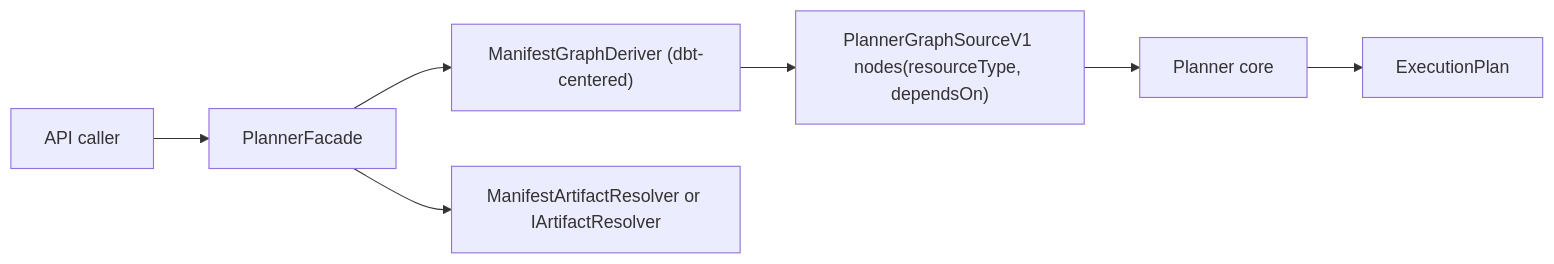
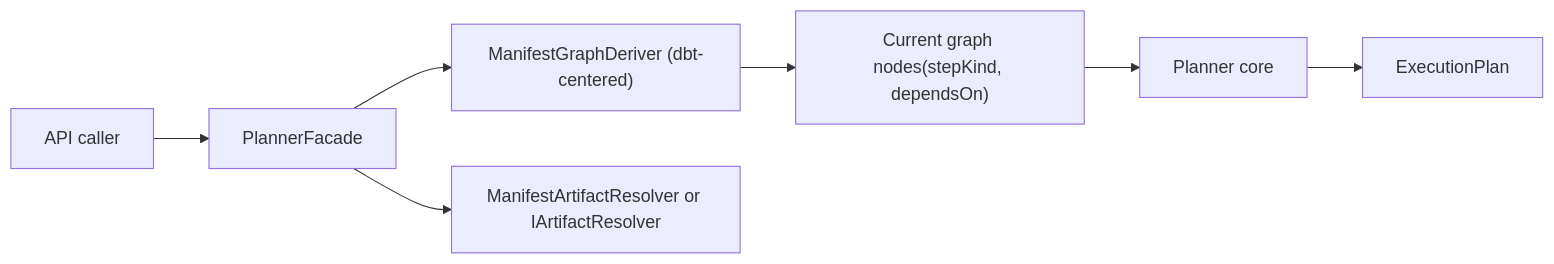
Before and after one commit to dunay2/dvt: the first of 5 diagrams in docs/guides/generic-graph-source-technical-manual-20260404.md, drawn with Mermaid. The commit also changed other lines of this file and 50 other files, not shown here.

Commit message:
feat(engine): Gobernanza y boundary público para runExecutionContextRef y StepKind

````diff
--- a/docs/guides/generic-graph-source-technical-manual-20260404.md
+++ b/docs/guides/generic-graph-source-technical-manual-20260404.md
@@ -58,9 +55,9 @@
 ```mermaid
 flowchart LR
   Caller["API caller"] --> Facade["PlannerFacade"]
   Facade --> Deriver["ManifestGraphDeriver (dbt-centered)"]
   Facade --> Resolver["ManifestArtifactResolver or IArtifactResolver"]
-  Deriver --> Nodes["PlannerGraphSourceV1 nodes(resourceType, dependsOn)"]
+  Deriver --> Nodes["Current graph nodes(stepKind, dependsOn)"]
   Nodes --> Planner["Planner core"]
   Planner --> Plan["ExecutionPlan"]
 ```
````
